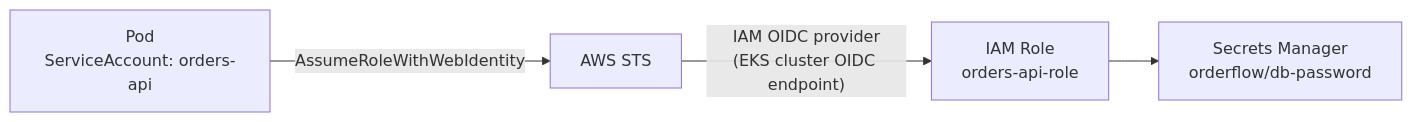
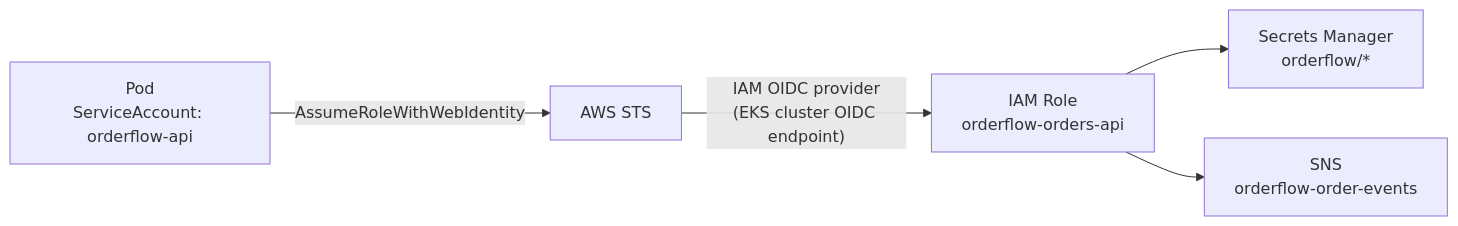
Before and after one commit to wb-platform-engineering-lab/cloud-migration-lab-aws: the diagram in phase-9-eks/README.md, drawn with Mermaid. The commit also changed other lines of this file and 55 other files, not shown here.

````diff
--- a/phase-9-eks/README.md
+++ b/phase-9-eks/README.md
@@ -51,6 +1179,7 @@
 ```mermaid
 flowchart LR
-    POD["Pod\nServiceAccount: orders-api"] -->|"AssumeRoleWithWebIdentity"| STS["AWS STS"]
-    STS -->|"IAM OIDC provider\n(EKS cluster OIDC endpoint)"| ROLE["IAM Role\norders-api-role"]
-    ROLE --> SM["Secrets Manager\norderflow/db-password"]
+    POD["Pod\nServiceAccount: orderflow-api"] -->|"AssumeRoleWithWebIdentity"| STS["AWS STS"]
+    STS -->|"IAM OIDC provider\n(EKS cluster OIDC endpoint)"| ROLE["IAM Role\norderflow-orders-api"]
+    ROLE --> SM["Secrets Manager\norderflow/*"]
+    ROLE --> SNS["SNS\norderflow-order-events"]
 ```
````
